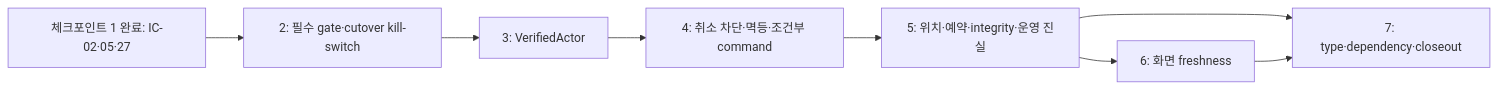
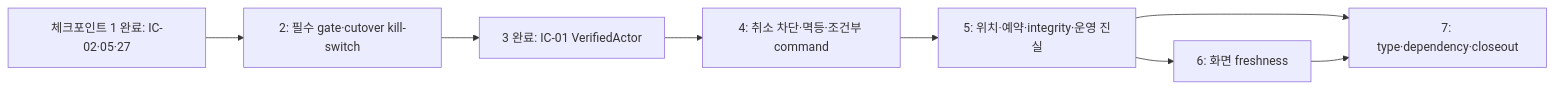
One commit to Hw-03/ERP changed the third of 3 diagrams in _attic/docs/research/2026-08-13-full-code-quality-audit-and-improvement-plan.md. Above: the diagram before and after it, drawn with Mermaid. The commit also changed other lines of this file and 255 other files, not shown here.

````diff
--- a/_attic/docs/research/2026-08-13-full-code-quality-audit-and-improvement-plan.md
+++ b/_attic/docs/research/2026-08-13-full-code-quality-audit-and-improvement-plan.md
@@ -1237,10 +1239,10 @@
 ```mermaid
 flowchart LR
   C1["체크포인트 1 완료: IC-02·05·27"] --> C2["2: 필수 gate·cutover kill-switch"]
-  C2 --> C3["3: VerifiedActor"]
+  C2 --> C3["3 완료: IC-01 VerifiedActor"]
   C3 --> C4["4: 취소 차단·멱등·조건부 command"]
   C4 --> C5["5: 위치·예약·integrity·운영 진실"]
   C5 --> C6["6: 화면 freshness"]
   C5 --> C7["7: type·dependency·closeout"]
   C6 --> C7
 ```
````
